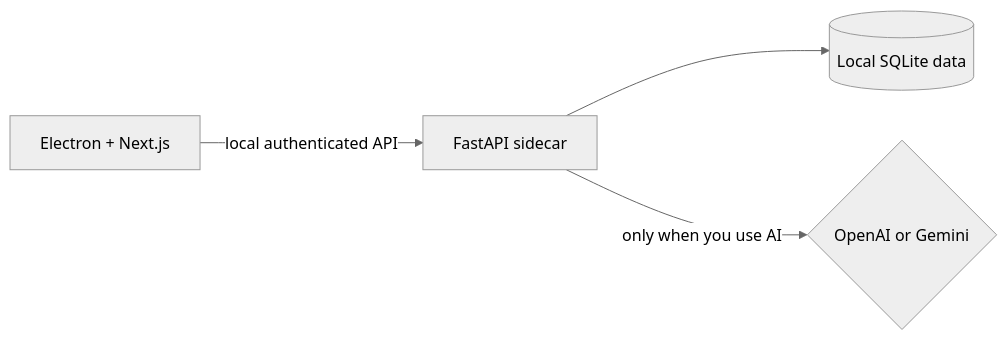
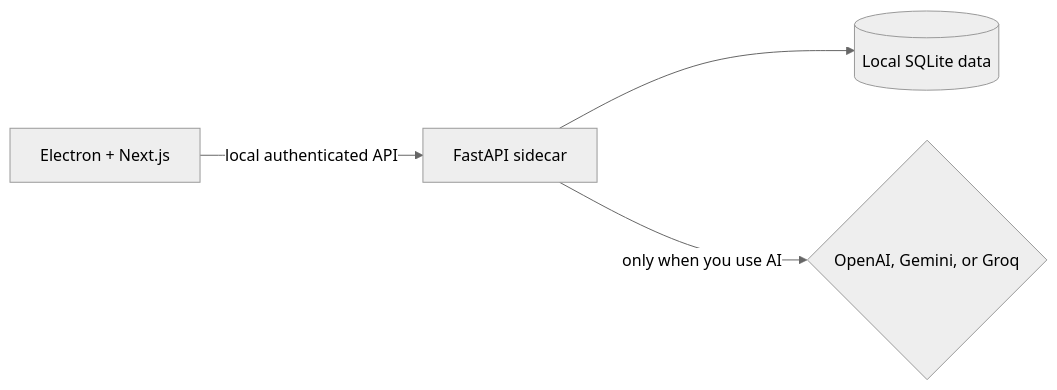
The diagram in README.md (egoist-minh/pomopet), drawn with Mermaid (neutral theme) before and after one commit. The commit also changed other lines of this file and 3 other files, not shown here.

````diff
--- a/README.md
+++ b/README.md
@@ -49,6 +73,6 @@
 ```mermaid
 flowchart LR
     UI[Electron + Next.js] -->|local authenticated API| API[FastAPI sidecar]
     API --> DB[(Local SQLite data)]
-    API -->|only when you use AI| AI{OpenAI or Gemini}
+    API -->|only when you use AI| AI{OpenAI, Gemini, or Groq}
 ```
````
